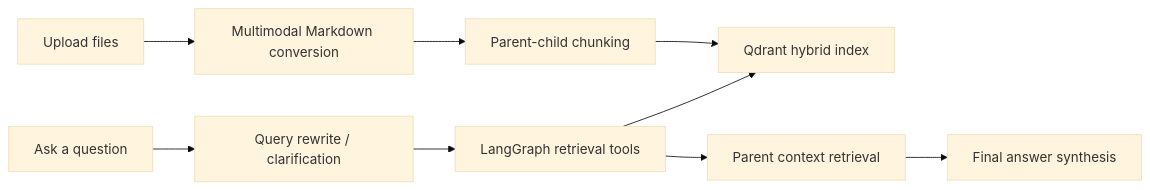
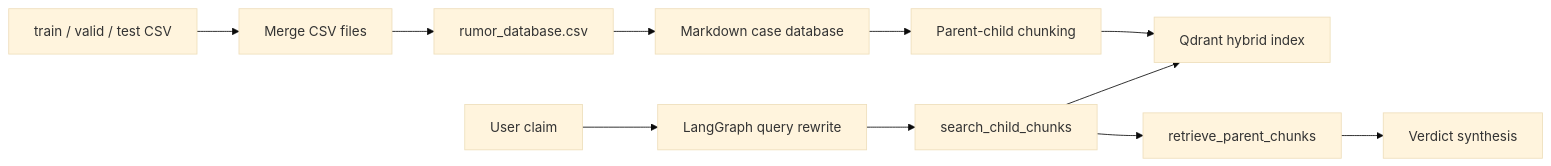
The diagram in README.md (GuMiShDo666/multimodal-agentic-rag), drawn with Mermaid (base theme) before and after one commit. The commit also changed other lines of this file and 21 other files, not shown here.

````diff
--- a/README.md
+++ b/README.md
@@ -56,11 +68,13 @@
 ```mermaid
 flowchart LR
-    A["Upload files"] --> B["Multimodal Markdown conversion"]
-    B --> C["Parent-child chunking"]
-    C --> D["Qdrant hybrid index"]
-    E["Ask a question"] --> F["Query rewrite / clarification"]
-    F --> G["LangGraph retrieval tools"]
-    G --> D
-    G --> H["Parent context retrieval"]
-    H --> I["Final answer synthesis"]
+    A["train / valid / test CSV"] --> B["Merge CSV files"]
+    B --> C["rumor_database.csv"]
+    C --> D["Markdown case database"]
+    D --> E["Parent-child chunking"]
+    E --> F["Qdrant hybrid index"]
+    G["User claim"] --> H["LangGraph query rewrite"]
+    H --> I["search_child_chunks"]
+    I --> F
+    I --> J["retrieve_parent_chunks"]
+    J --> K["Verdict synthesis"]
 ```
````
